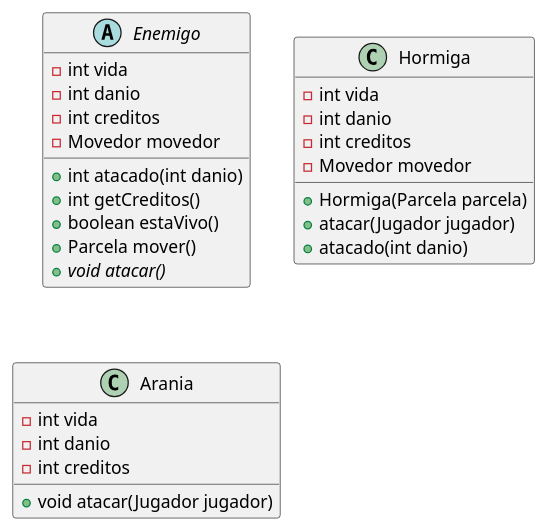
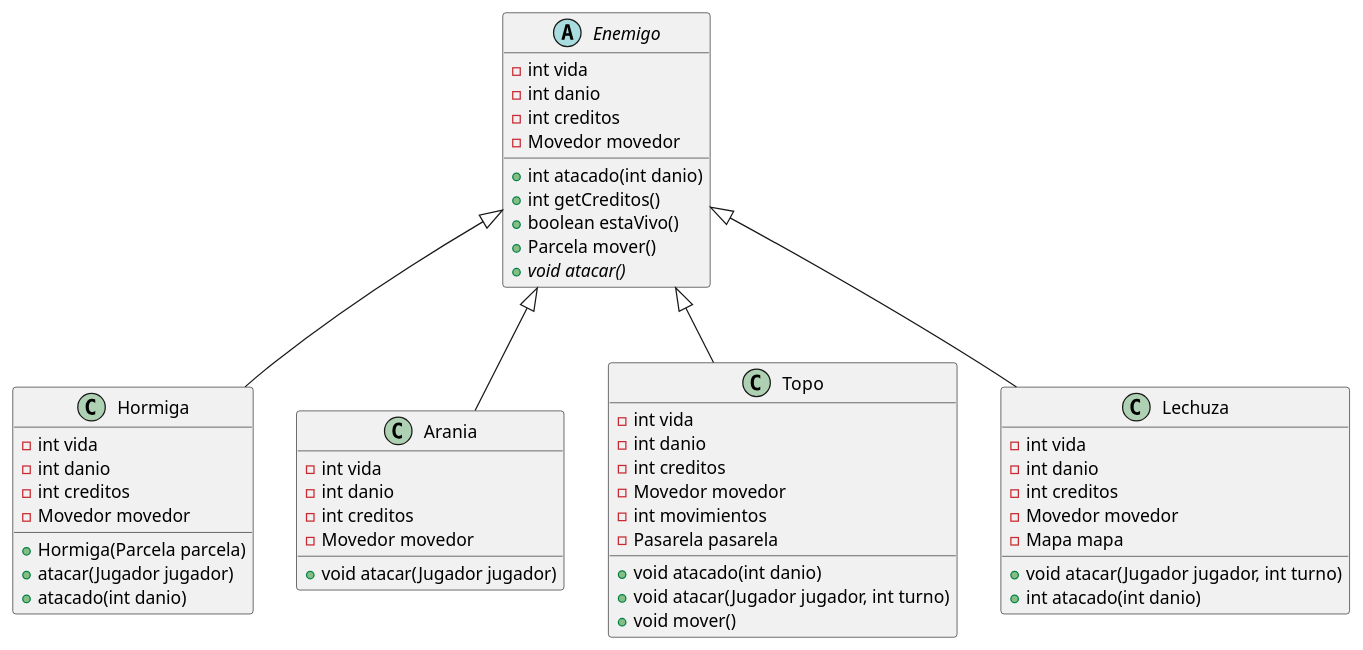
The diagram in diagrams/modelo/Herencia Enemigos.puml (alejoordonez02/AlgoDefense), drawn with PlantUML before and after one commit. The commit also changed 1 other file, not shown here.

Commit message:
actualizo diagramas

```diff
--- a/diagrams/modelo/Herencia Enemigos.puml
+++ b/diagrams/modelo/Herencia Enemigos.puml
@@ -1,35 +1,65 @@
 @startuml
 
 abstract Enemigo {
     - int vida
     - int danio
     - int creditos
     - Movedor movedor
 
     + int atacado(int danio)
     + int getCreditos()
     + boolean estaVivo()
     + Parcela mover()
     + void {abstract} atacar()
 }
 
 class Hormiga {
     - int vida
     - int danio
     - int creditos
     - Movedor movedor
 
     + Hormiga(Parcela parcela)
     + atacar(Jugador jugador)
     + atacado(int danio)
 }
 
 class Arania {
     - int vida
     - int danio
     - int creditos
+    - Movedor movedor
 
     + void atacar(Jugador jugador)
 }
 
+class Topo {
+    - int vida
+    - int danio
+    - int creditos
+    - Movedor movedor
+    - int movimientos
+    - Pasarela pasarela
+
+    + void atacado(int danio)
+    + void atacar(Jugador jugador, int turno)
+    + void mover()
+}
+
+class Lechuza {
+    - int vida
+    - int danio
+    - int creditos
+    - Movedor movedor
+    - Mapa mapa
+
+    + void atacar(Jugador jugador, int turno)
+    + int atacado(int danio)
+}
+
+Enemigo <|-- Hormiga
+Enemigo <|-- Arania
+Enemigo <|-- Topo
+Enemigo <|-- Lechuza
+
 @enduml
```
